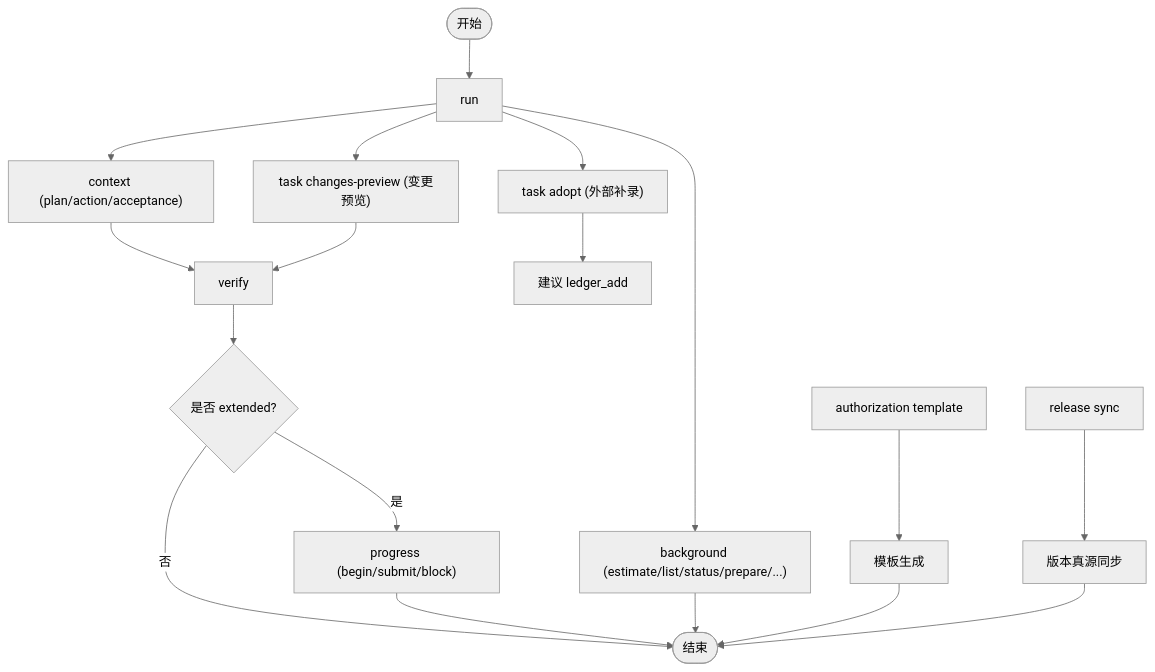
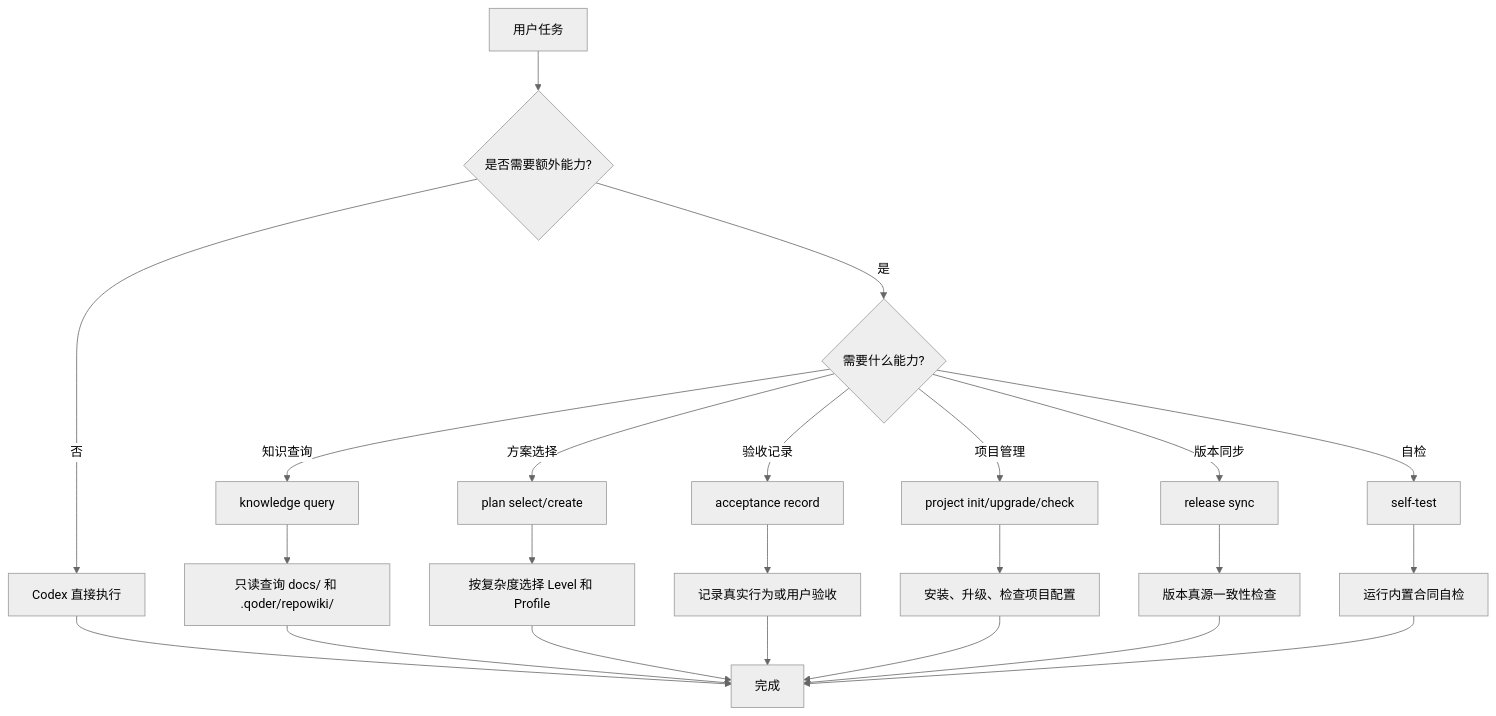
Before and after one commit to HackSing/docs-harness: the diagram in .qoder/repowiki/zh/content/API参考/CLI命令参考/CLI命令参考.md, drawn with Mermaid (neutral theme). The commit also changed other lines of this file and 42 other files, not shown here.

````diff
--- a/.qoder/repowiki/zh/content/API参考/CLI命令参考/CLI命令参考.md
+++ b/.qoder/repowiki/zh/content/API参考/CLI命令参考/CLI命令参考.md
@@ -491,20 +62,25 @@
 ```mermaid
-flowchart TD
-Start(["开始"]) --> Run["run"]
-Run --> Context["context (plan/action/acceptance)"]
-Context --> Verify["verify"]
-Verify --> Progress{"是否 extended?"}
-Progress --> |是| Prog["progress (begin/submit/block)"]
-Progress --> |否| End(["结束"])
-Prog --> End
-Run --> BG["background (estimate/list/status/prepare/...)"]
-BG --> End
-Run --> TaskAdopt["task adopt (外部补录)"]
-TaskAdopt --> LedgerAdd["建议 ledger_add"]
-Run --> ChangesPreview["task changes-preview (变更预览)"]
-ChangesPreview --> Verify
-Authorization["authorization template"] --> TemplateGen["模板生成"]
-TemplateGen --> End
-Release["release sync"] --> VersionSync["版本真源同步"]
-VersionSync --> End
+graph TB
+A["用户任务"] --> B{"是否需要额外能力?"}
+B --> |否| C["Codex 直接执行"]
+B --> |是| D{"需要什么能力?"}
+D --> |知识查询| E["knowledge query"]
+D --> |方案选择| F["plan select/create"]
+D --> |验收记录| G["acceptance record"]
+D --> |项目管理| H["project init/upgrade/check"]
+D --> |版本同步| I["release sync"]
+D --> |自检| J["self-test"]
+E --> K["只读查询 docs/ 和 .qoder/repowiki/"]
+F --> L["按复杂度选择 Level 和 Profile"]
+G --> M["记录真实行为或用户验收"]
+H --> N["安装、升级、检查项目配置"]
+I --> O["版本真源一致性检查"]
+J --> P["运行内置合同自检"]
+C --> Q["完成"]
+K --> Q
+L --> Q
+M --> Q
+N --> Q
+O --> Q
+P --> Q
 ```
````
